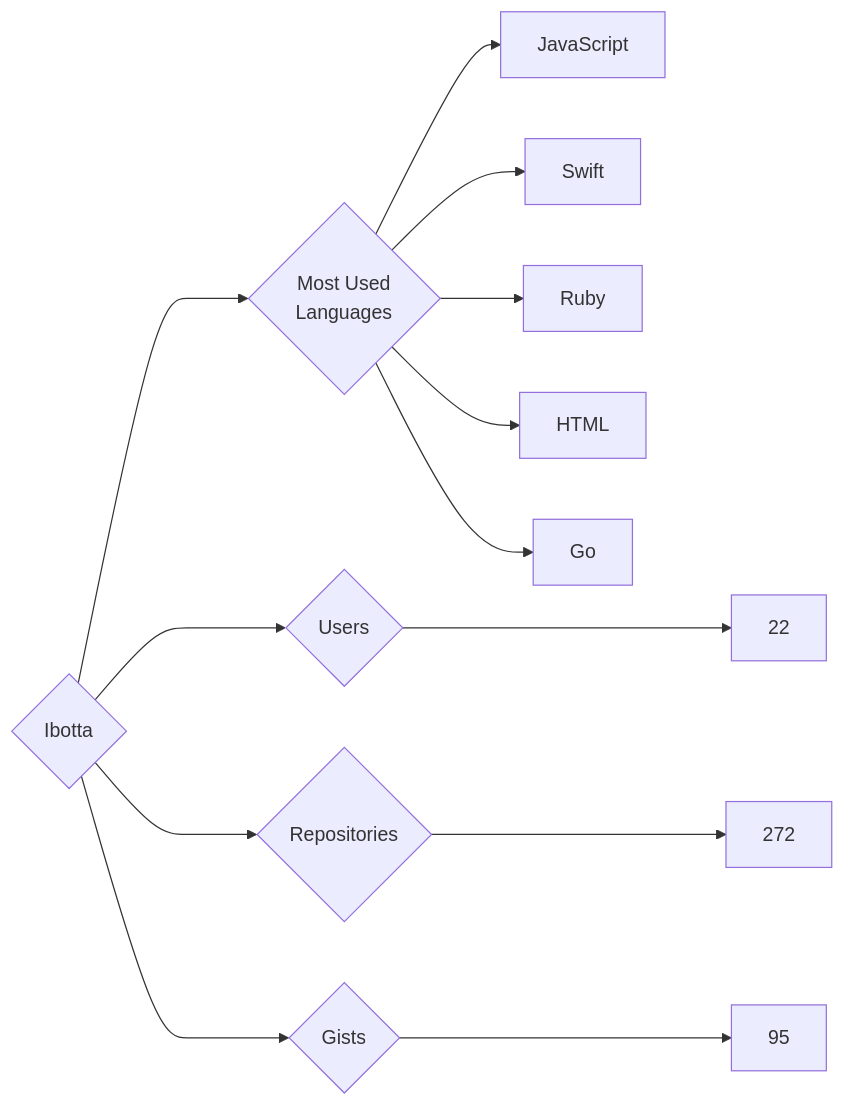
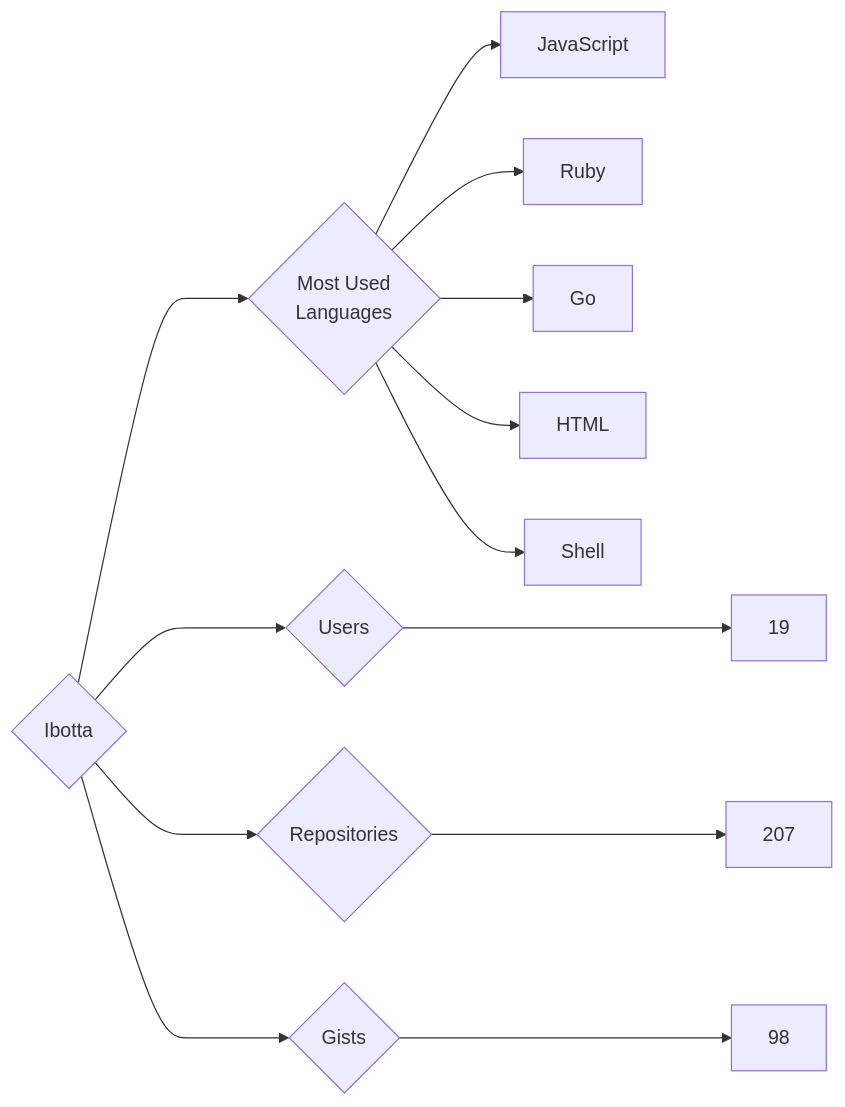
The diagram in targets/Ibotta/README.md (trickest/insiders), drawn with Mermaid before and after one commit. The commit also changed 895 other files, not shown here.

````diff
--- a/targets/Ibotta/README.md
+++ b/targets/Ibotta/README.md
@@ -3,13 +3,13 @@
 ```mermaid
 graph LR
 COMPANY_NAME{Ibotta}
-COMPANY_NAME ---> U{Users} ---> UN[22]
-COMPANY_NAME ---> R{Repositories} ---> RN[272]
-COMPANY_NAME ---> G{Gists} ---> GN[95]
+COMPANY_NAME ---> U{Users} ---> UN[19]
+COMPANY_NAME ---> R{Repositories} ---> RN[207]
+COMPANY_NAME ---> G{Gists} ---> GN[98]
 COMPANY_NAME ---> ML{Most Used<br>Languages}
 ML --> JavaScript[JavaScript]
-ML --> Swift[Swift]
 ML --> Ruby[Ruby]
+ML --> Go[Go]
 ML --> HTML[HTML]
-ML --> Go[Go]
+ML --> Shell[Shell]
 ```
````
